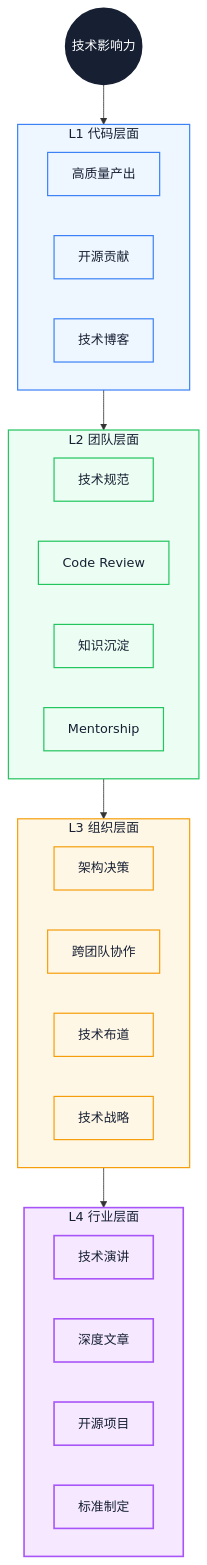
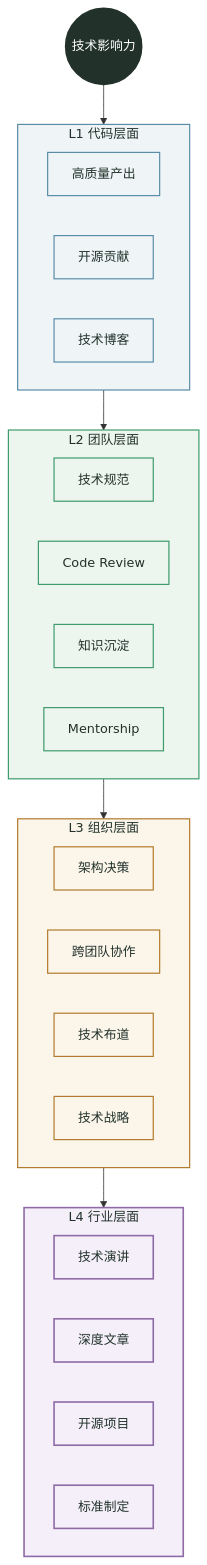
Before and after one commit to Fatejian/frontier-vault: the first of 2 diagrams in docs/career/technical-influence.md, drawn with Mermaid. The commit also changed other lines of this file and 63 other files, not shown here.

````diff
--- a/docs/career/technical-influence.md
+++ b/docs/career/technical-influence.md
@@ -49,52 +49,52 @@
 ```mermaid
 flowchart TB
     Core((技术影响力))
 
     subgraph L1["L1 代码层面"]
         direction LR
         L1A[高质量产出]
         L1B[开源贡献]
         L1C[技术博客]
     end
 
     subgraph L2["L2 团队层面"]
         direction LR
         L2A[技术规范]
         L2B[Code Review]
         L2C[知识沉淀]
         L2D[Mentorship]
     end
 
     subgraph L3["L3 组织层面"]
         direction LR
         L3A[架构决策]
         L3B[跨团队协作]
         L3C[技术布道]
         L3D[技术战略]
     end
 
     subgraph L4["L4 行业层面"]
         direction LR
         L4A[技术演讲]
         L4B[深度文章]
         L4C[开源项目]
         L4D[标准制定]
     end
 
     Core --> L1
     L1 --> L2
     L2 --> L3
     L3 --> L4
 
-    classDef core fill:#172033,color:#fff,stroke:#172033,stroke-width:2px;
-    classDef wait fill:#EEF6FF,stroke:#3B82F6,color:#172033,stroke-width:1.5px;
-    classDef work fill:#ECFDF3,stroke:#22C55E,color:#172033,stroke-width:1.5px;
-    classDef block fill:#FFF7E6,stroke:#F59E0B,color:#172033,stroke-width:1.5px;
-    classDef metric fill:#F5E8FF,stroke:#A855F7,color:#172033,stroke-width:2px;
+    classDef core fill:#22322B,color:#fff,stroke:#22322B,stroke-width:2px;
+    classDef wait fill:#EFF5F7,stroke:#5B8CA8,color:#22322B,stroke-width:1.5px;
+    classDef work fill:#EDF5EF,stroke:#3E9B6B,color:#22322B,stroke-width:1.5px;
+    classDef block fill:#FBF5EA,stroke:#B27B2C,color:#22322B,stroke-width:1.5px;
+    classDef metric fill:#F4EFF8,stroke:#8E6BA8,color:#22322B,stroke-width:2px;
 
     class Core core;
     class L1,L1A,L1B,L1C wait;
     class L2,L2A,L2B,L2C,L2D work;
     class L3,L3A,L3B,L3C,L3D block;
     class L4,L4A,L4B,L4C,L4D metric;
 ```
````
